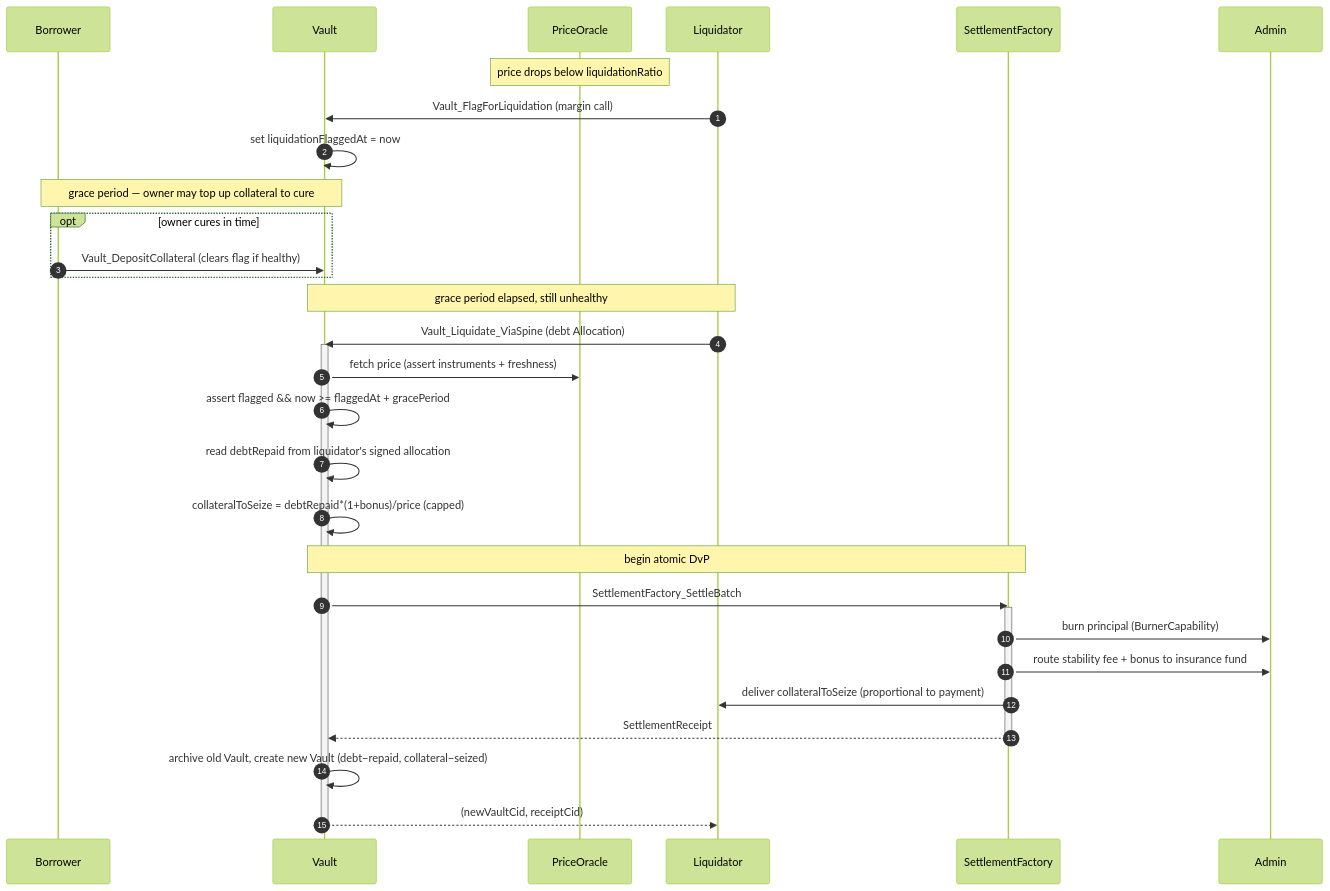
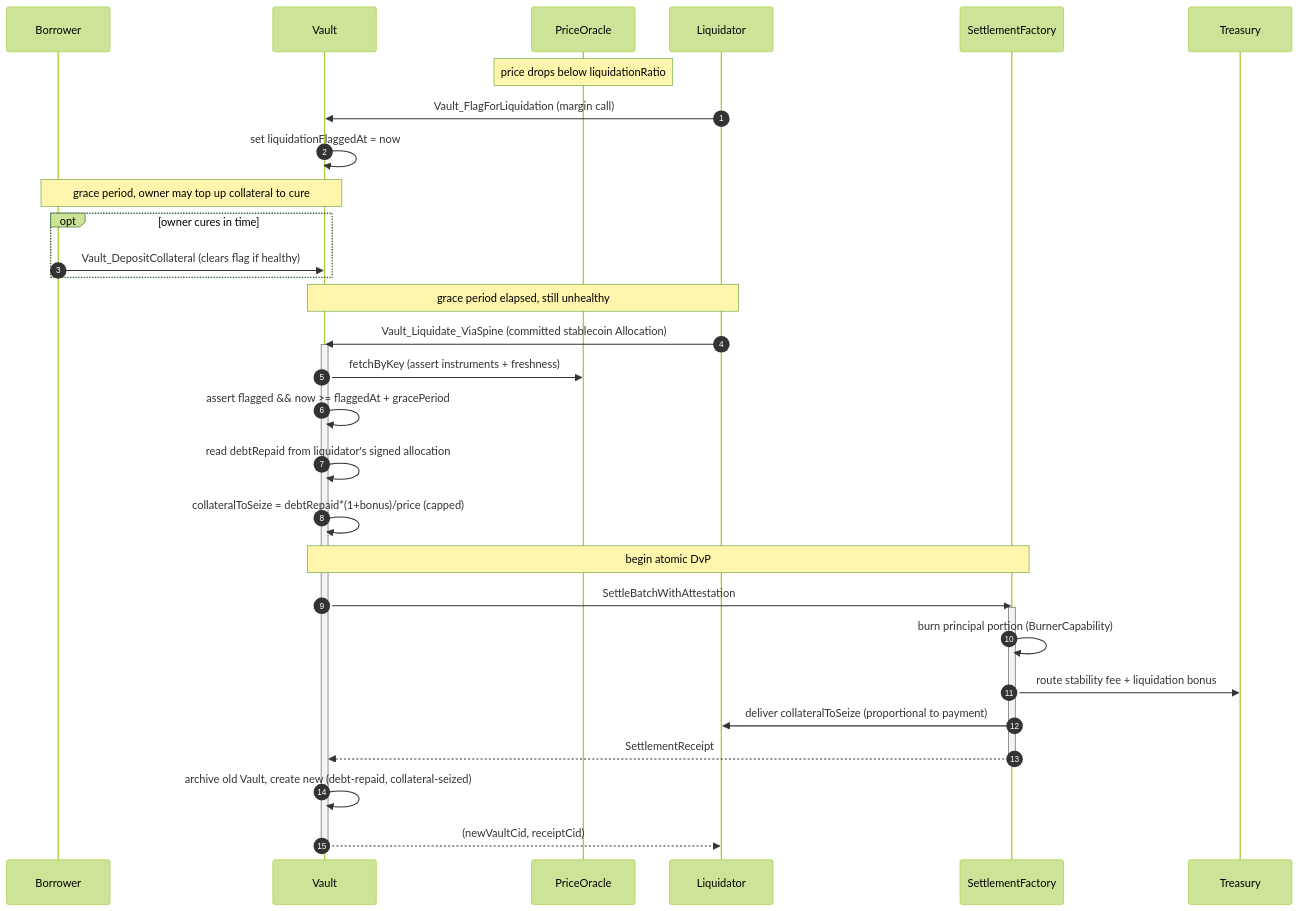
The fifth of 5 diagrams in docs/ri-reports/02-lending.md (OpenZeppelin/canton-specs), drawn with Mermaid (forest theme) before and after one commit. The commit also changed other lines of this file, not shown here.

````diff
--- a/docs/ri-reports/02-lending.md
+++ b/docs/ri-reports/02-lending.md
@@ -847,36 +245,36 @@
 ```mermaid
 sequenceDiagram
     autonumber
     participant B as Borrower
     participant V as Vault
     participant O as PriceOracle
     participant L as Liquidator
     participant SF as SettlementFactory
-    participant A as Admin
+    participant T as Treasury
 
     note over O: price drops below liquidationRatio
     L->>V: Vault_FlagForLiquidation (margin call)
     V->>V: set liquidationFlaggedAt = now
-    note over B,V: grace period — owner may top up collateral to cure
+    note over B,V: grace period, owner may top up collateral to cure
     opt owner cures in time
         B->>V: Vault_DepositCollateral (clears flag if healthy)
     end
     note over L,V: grace period elapsed, still unhealthy
-    L->>V: Vault_Liquidate_ViaSpine (debt Allocation)
+    L->>V: Vault_Liquidate_ViaSpine (committed stablecoin Allocation)
     activate V
-    V->>O: fetch price (assert instruments + freshness)
+    V->>O: fetchByKey (assert instruments + freshness)
     V->>V: assert flagged && now >= flaggedAt + gracePeriod
     V->>V: read debtRepaid from liquidator's signed allocation
     V->>V: collateralToSeize = debtRepaid*(1+bonus)/price (capped)
     note over V,SF: begin atomic DvP
-    V->>SF: SettlementFactory_SettleBatch
+    V->>SF: SettleBatchWithAttestation
     activate SF
-    SF->>A: burn principal (BurnerCapability)
-    SF->>A: route stability fee + bonus to insurance fund
+    SF->>SF: burn principal portion (BurnerCapability)
+    SF->>T: route stability fee + liquidation bonus
     SF->>L: deliver collateralToSeize (proportional to payment)
     SF-->>V: SettlementReceipt
     deactivate SF
-    V->>V: archive old Vault, create new Vault (debt−repaid, collateral−seized)
+    V->>V: archive old Vault, create new (debt-repaid, collateral-seized)
     V-->>L: (newVaultCid, receiptCid)
     deactivate V
 ```
````
